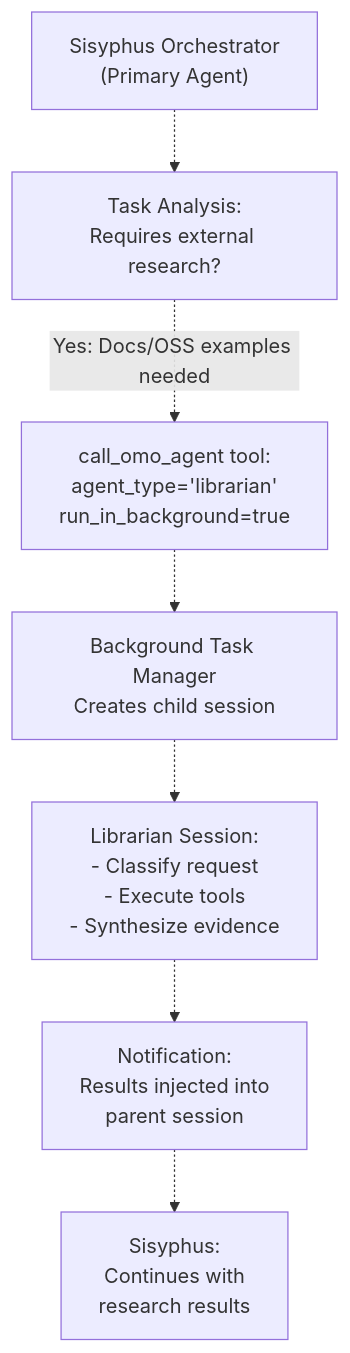
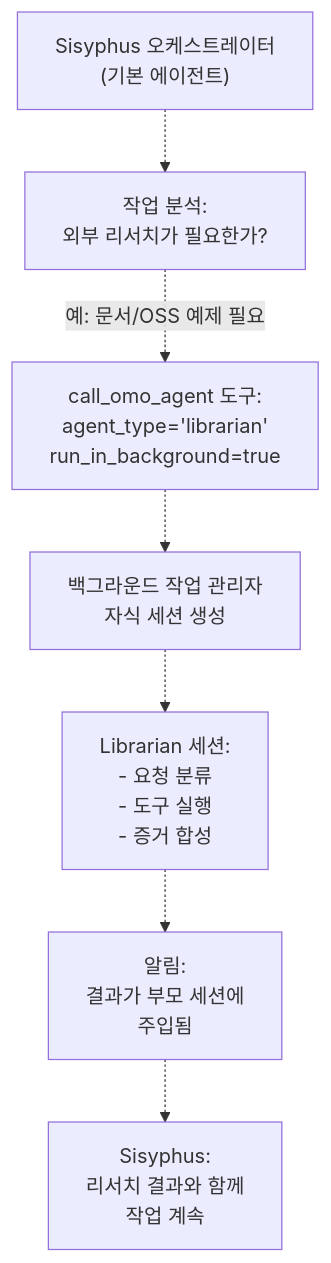
One commit to felipetruman/oh-my-opencode-docs changed the fifth of 5 diagrams in docs/agents/librarian-agent.md. Above: the diagram before and after it, drawn with Mermaid. The commit also changed other lines of this file and 76 other files, not shown here.

````diff
--- a/docs/agents/librarian-agent.md
+++ b/docs/agents/librarian-agent.md
@@ -449,18 +449,18 @@
 ```mermaid
 flowchart TD
 
-Sisyphus["Sisyphus Orchestrator<br>(Primary Agent)"]
-Decision["Task Analysis:<br>Requires external research?"]
-CallAgent["call_omo_agent tool:<br>agent_type='librarian'<br>run_in_background=true"]
-BgManager["Background Task Manager<br>Creates child session"]
-LibrarianSession["Librarian Session:<br>- Classify request<br>- Execute tools<br>- Synthesize evidence"]
-Notify["Notification:<br>Results injected into<br>parent session"]
-Sisyphus_Continue["Sisyphus:<br>Continues with<br>research results"]
+Sisyphus["Sisyphus 오케스트레이터<br>(기본 에이전트)"]
+Decision["작업 분석:<br>외부 리서치가 필요한가?"]
+CallAgent["call_omo_agent 도구:<br>agent_type='librarian'<br>run_in_background=true"]
+BgManager["백그라운드 작업 관리자<br>자식 세션 생성"]
+LibrarianSession["Librarian 세션:<br>- 요청 분류<br>- 도구 실행<br>- 증거 합성"]
+Notify["알림:<br>결과가 부모 세션에<br>주입됨"]
+Sisyphus_Continue["Sisyphus:<br>리서치 결과와 함께<br>작업 계속"]
 
 Sisyphus -.-> Decision
-Decision -.->|"Yes: Docs/OSS examples needed"| CallAgent
+Decision -.->|"예: 문서/OSS 예제 필요"| CallAgent
 CallAgent -.-> BgManager
 BgManager -.-> LibrarianSession
 LibrarianSession -.-> Notify
 Notify -.-> Sisyphus_Continue
 ```
````
